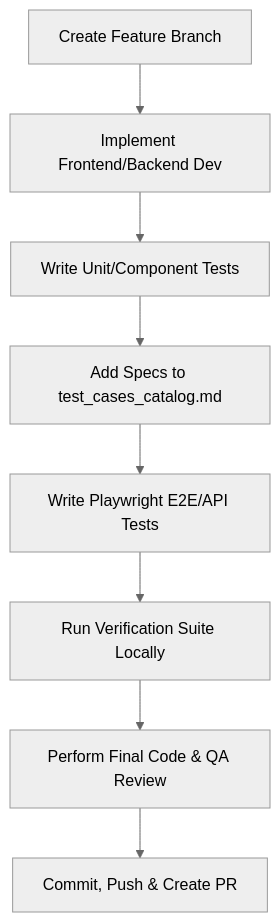
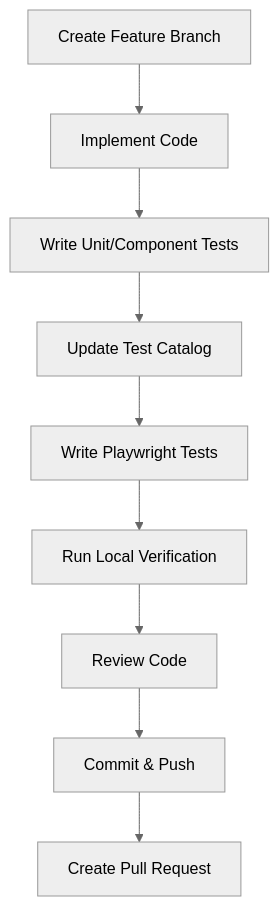
One commit to munna7862/buggy-books changed the diagram in .agents/AGENTS.md. Above: the diagram before and after it, drawn with Mermaid (neutral theme). The commit also changed other lines of this file, not shown here.

````diff
--- a/.agents/AGENTS.md
+++ b/.agents/AGENTS.md
@@ -11,10 +25,12 @@
 ```mermaid
 graph TD
-    A[Create Feature Branch] --> B[Implement Frontend/Backend Dev]
-    B --> C[Write Unit/Component Tests]
-    C --> D[Add Specs to test_cases_catalog.md]
-    D --> E[Write Playwright E2E/API Tests]
-    E --> F[Run Verification Suite Locally]
-    F --> G[Perform Final Code & QA Review]
-    G --> H[Commit, Push & Create PR]
+    A[Create Feature Branch]
+    --> B[Implement Code]
+    --> C[Write Unit/Component Tests]
+    --> D[Update Test Catalog]
+    --> E[Write Playwright Tests]
+    --> F[Run Local Verification]
+    --> G[Review Code]
+    --> H[Commit & Push]
+    --> I[Create Pull Request]
 ```
````
